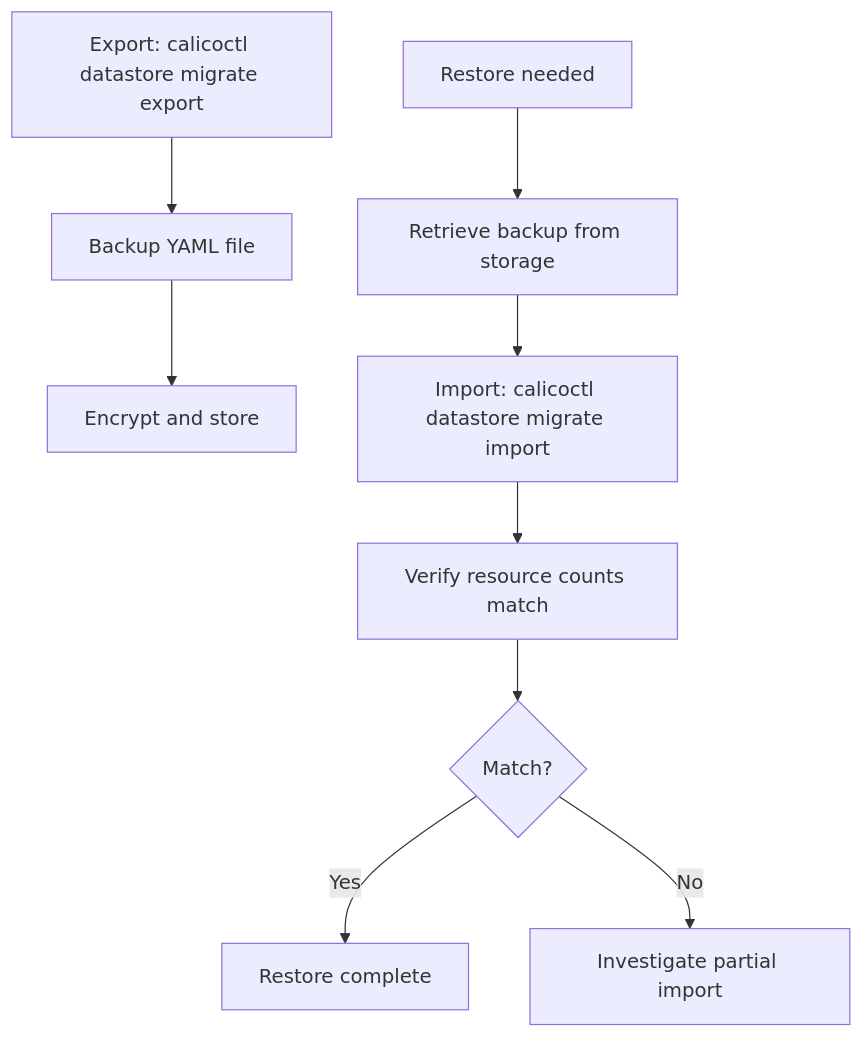
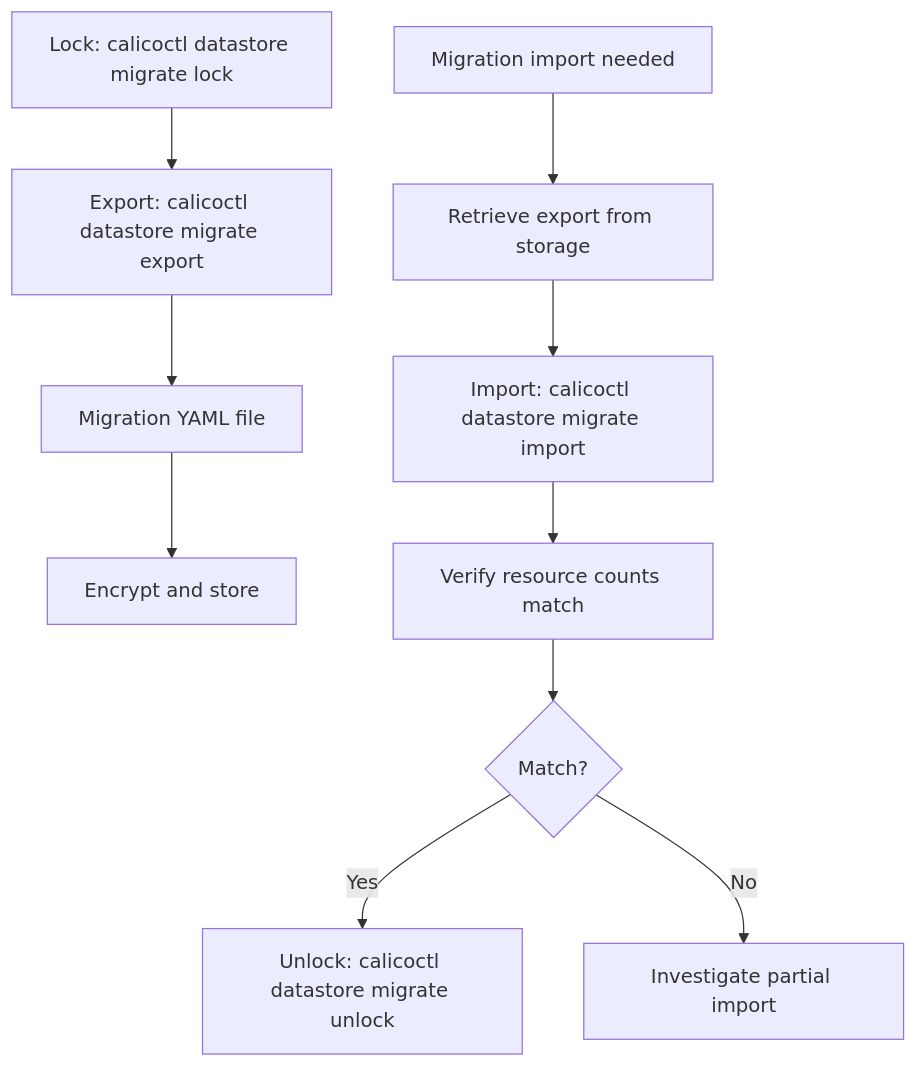
The diagram in posts/2026-03-13-troubleshoot-calico-datastore-export-import/README.md (OneUptime/blog), drawn with Mermaid before and after one commit. The commit also changed other lines of this file and 2 other files, not shown here.

Commit message:
validate: 2026-03-13-troubleshoot-calico-datastore-export-import

````diff
--- a/posts/2026-03-13-troubleshoot-calico-datastore-export-import/README.md
+++ b/posts/2026-03-13-troubleshoot-calico-datastore-export-import/README.md
@@ -38,11 +43,12 @@
 ```mermaid
 flowchart TD
-    A[Export: calicoctl datastore migrate export] --> B[Backup YAML file]
-    B --> C[Encrypt and store]
-    D[Restore needed] --> E[Retrieve backup from storage]
-    E --> F[Import: calicoctl datastore migrate import]
-    F --> G[Verify resource counts match]
-    G --> H{Match?}
-    H -->|Yes| I[Restore complete]
-    H -->|No| J[Investigate partial import]
+    A[Lock: calicoctl datastore migrate lock] --> B[Export: calicoctl datastore migrate export]
+    B --> C[Migration YAML file]
+    C --> D[Encrypt and store]
+    E[Migration import needed] --> F[Retrieve export from storage]
+    F --> G[Import: calicoctl datastore migrate import]
+    G --> H[Verify resource counts match]
+    H --> I{Match?}
+    I -->|Yes| J[Unlock: calicoctl datastore migrate unlock]
+    I -->|No| K[Investigate partial import]
 ```
````
